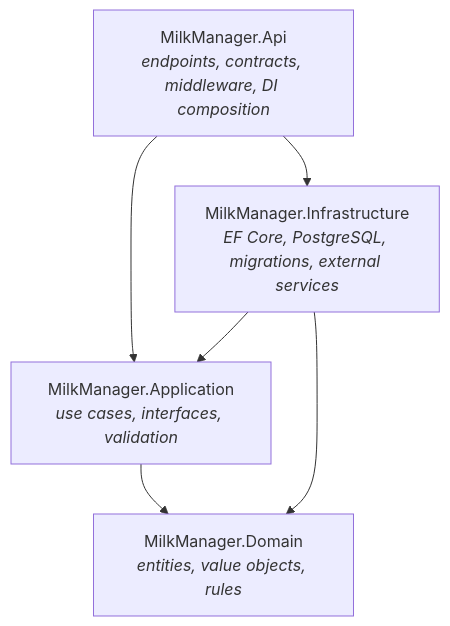
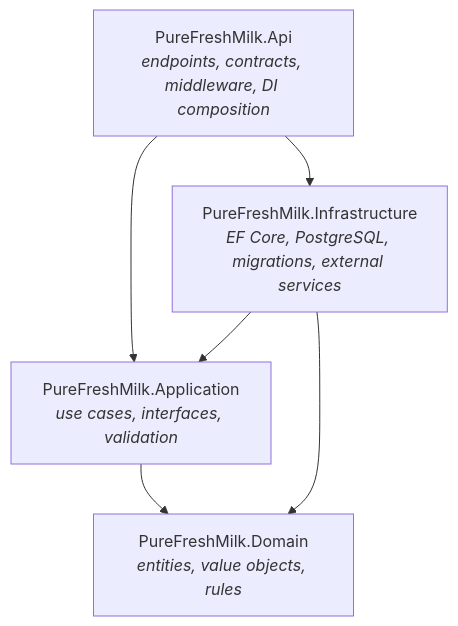
Before and after one commit to Coding-Professional/PureFreshMilk: the second of 2 diagrams in docs/architecture/overview.md, drawn with Mermaid. The commit also changed other lines of this file and 74 other files, not shown here.

First line of the commit message:
refactor: rename Milk Manager identifiers to PureFreshMilk

````diff
--- a/docs/architecture/overview.md
+++ b/docs/architecture/overview.md
@@ -30,13 +30,13 @@
 ```mermaid
 flowchart TD
-  Api["MilkManager.Api<br/><i>endpoints, contracts, middleware, DI composition</i>"]
-  Infrastructure["MilkManager.Infrastructure<br/><i>EF Core, PostgreSQL, migrations, external services</i>"]
-  Application["MilkManager.Application<br/><i>use cases, interfaces, validation</i>"]
-  Domain["MilkManager.Domain<br/><i>entities, value objects, rules</i>"]
+  Api["PureFreshMilk.Api<br/><i>endpoints, contracts, middleware, DI composition</i>"]
+  Infrastructure["PureFreshMilk.Infrastructure<br/><i>EF Core, PostgreSQL, migrations, external services</i>"]
+  Application["PureFreshMilk.Application<br/><i>use cases, interfaces, validation</i>"]
+  Domain["PureFreshMilk.Domain<br/><i>entities, value objects, rules</i>"]
 
   Api --> Application
   Api --> Infrastructure
   Infrastructure --> Application
   Infrastructure --> Domain
   Application --> Domain
 ```
````
